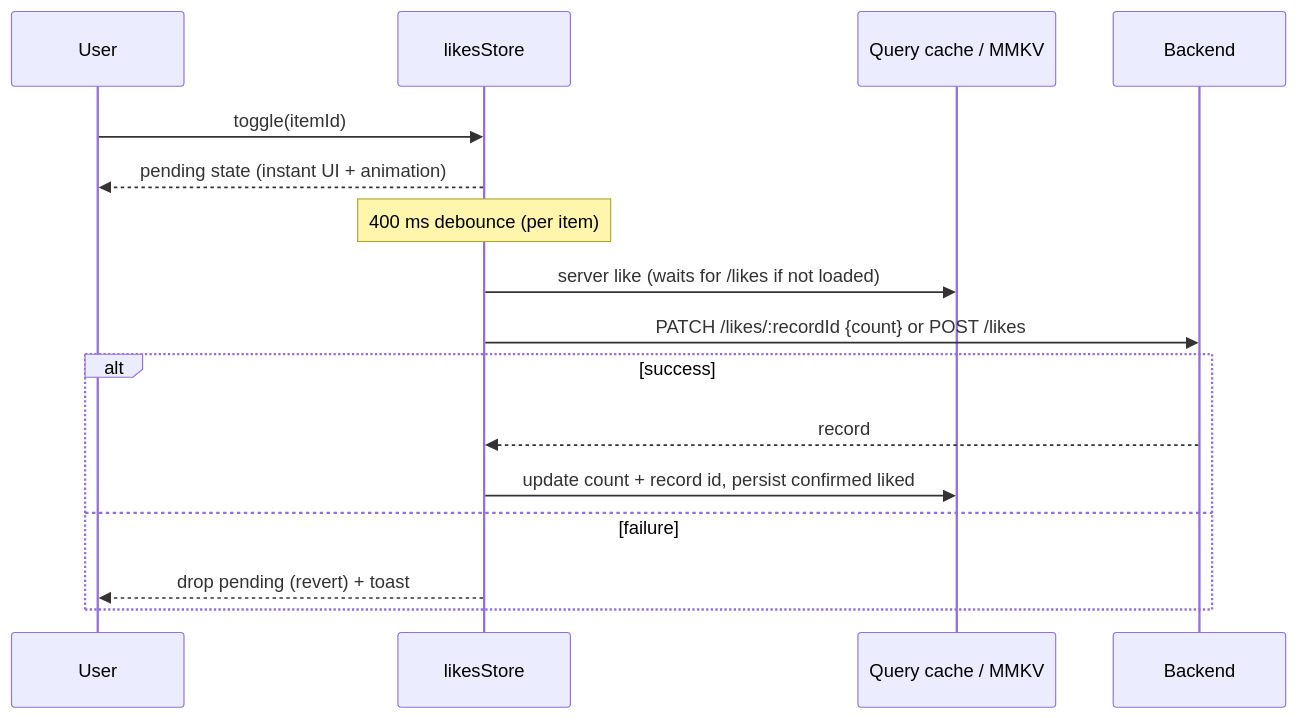
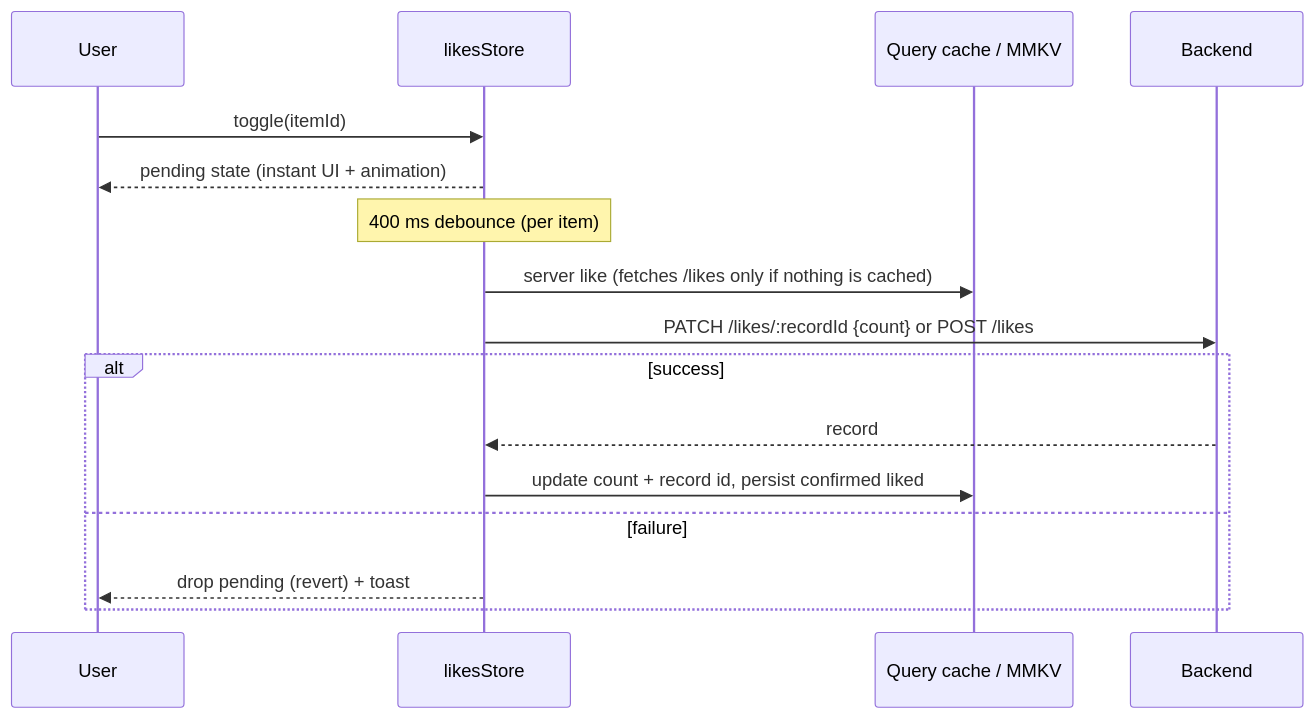
The second of 2 diagrams in TOUR.md (inesryder/weward-tech-case), drawn with Mermaid before and after one commit. The commit also changed other lines of this file and 1 other file, not shown here.

````diff
--- a/TOUR.md
+++ b/TOUR.md
@@ -264,18 +281,18 @@
 ```mermaid
 sequenceDiagram
   participant U as User
   participant S as likesStore
   participant Q as Query cache / MMKV
   participant B as Backend
   U->>S: toggle(itemId)
   S-->>U: pending state (instant UI + animation)
   Note over S: 400 ms debounce (per item)
-  S->>Q: server like (waits for /likes if not loaded)
+  S->>Q: server like (fetches /likes only if nothing is cached)
   S->>B: PATCH /likes/:recordId {count} or POST /likes
   alt success
     B-->>S: record
     S->>Q: update count + record id, persist confirmed liked
   else failure
     S-->>U: drop pending (revert) + toast
   end
 ```
````
